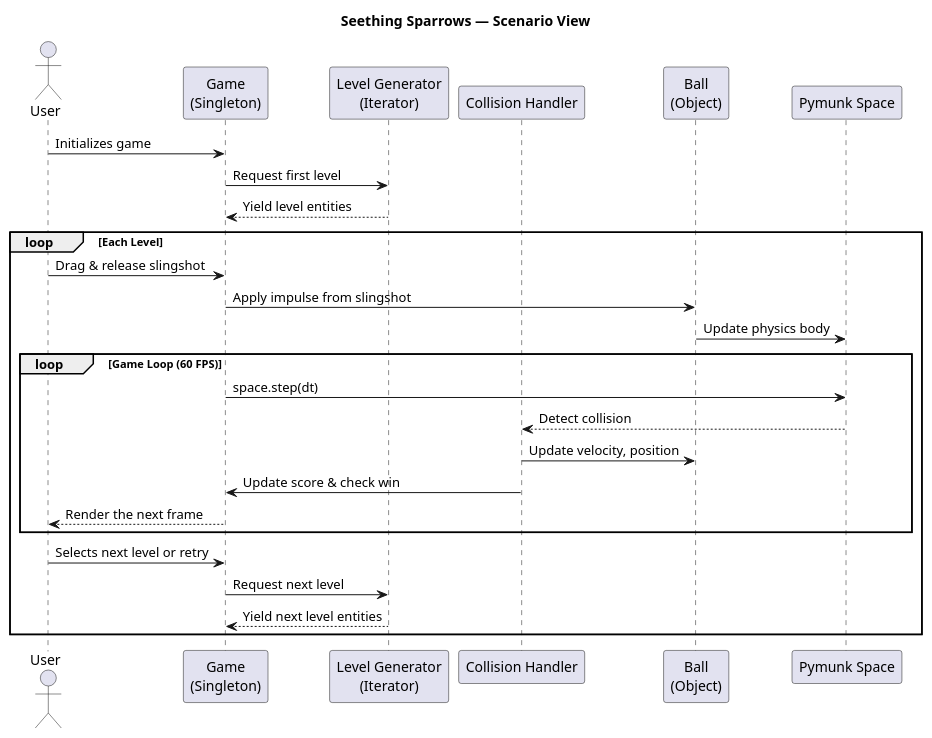
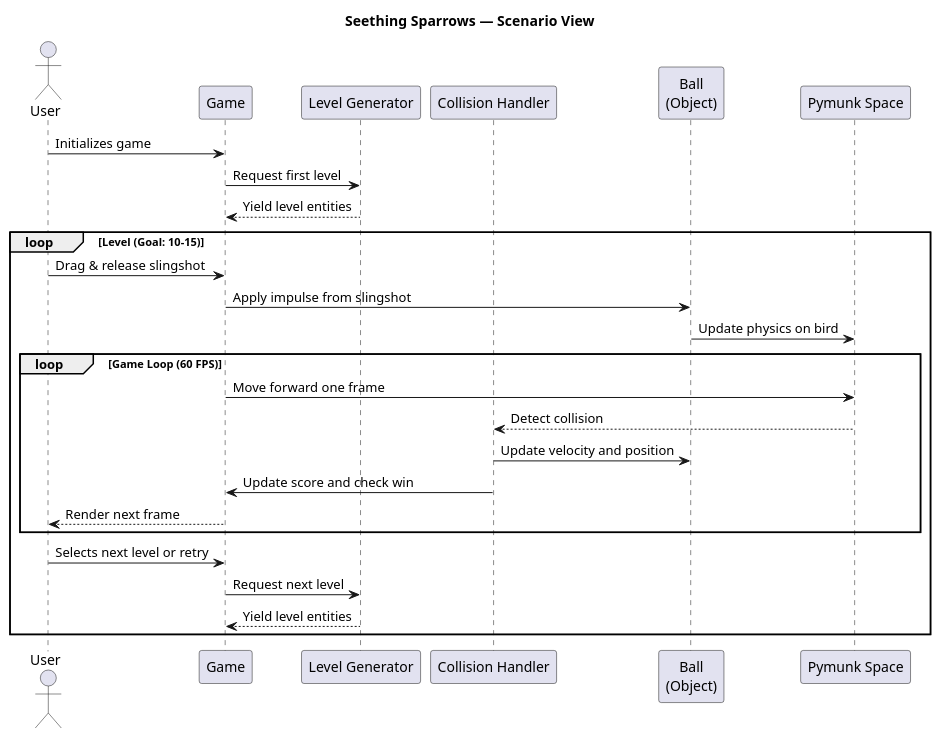
The diagram in FinalProject/uml/scenario.plantuml (Riley06V/SeethingSparrows_OOP_Final), drawn with PlantUML before and after one commit. The commit also changed 1 other file, not shown here.

```diff
--- a/FinalProject/uml/scenario.plantuml
+++ b/FinalProject/uml/scenario.plantuml
@@ -1,35 +1,35 @@
 @startuml scenario
 ' Seething Sparrows - Scenario View (4+1)
 ' 
 title Seething Sparrows — Scenario View
 
 actor User
-participant "Game\n(Singleton)" as Game
-participant "Level Generator\n(Iterator)" as Level
+participant "Game" as Game
+participant "Level Generator" as Level
 participant "Collision Handler" as Collisions
 participant "Ball\n(Object)" as Bird
 participant "Pymunk Space" as Space
 
 User -> Game: Initializes game
 Game -> Level: Request first level
 Level --> Game: Yield level entities
 
-loop Each Level
+loop Level (Goal: 10-15)
     User -> Game: Drag & release slingshot
     Game -> Bird: Apply impulse from slingshot
-    Bird -> Space: Update physics body
+    Bird -> Space: Update physics on bird
 
     loop Game Loop (60 FPS)
-        Game -> Space: space.step(dt)
+        Game -> Space: Move forward one frame
         Space --> Collisions: Detect collision
-        Collisions -> Bird: Update velocity, position
-        Collisions -> Game: Update score & check win
-        Game --> User: Render the next frame
+        Collisions -> Bird: Update velocity and position
+        Collisions -> Game: Update score and check win
+        Game --> User: Render next frame
     end
 
     User -> Game: Selects next level or retry
     Game -> Level: Request next level
-    Level --> Game: Yield next level entities
+    Level --> Game: Yield level entities
 end
 
 @enduml
```
